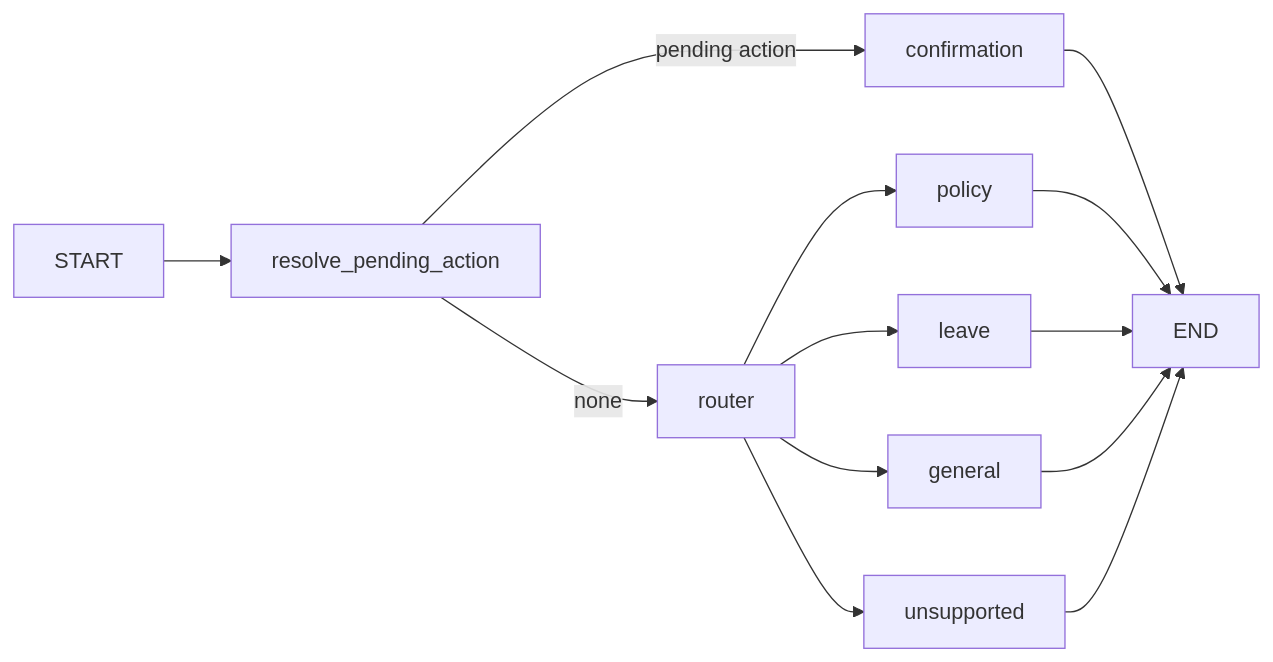
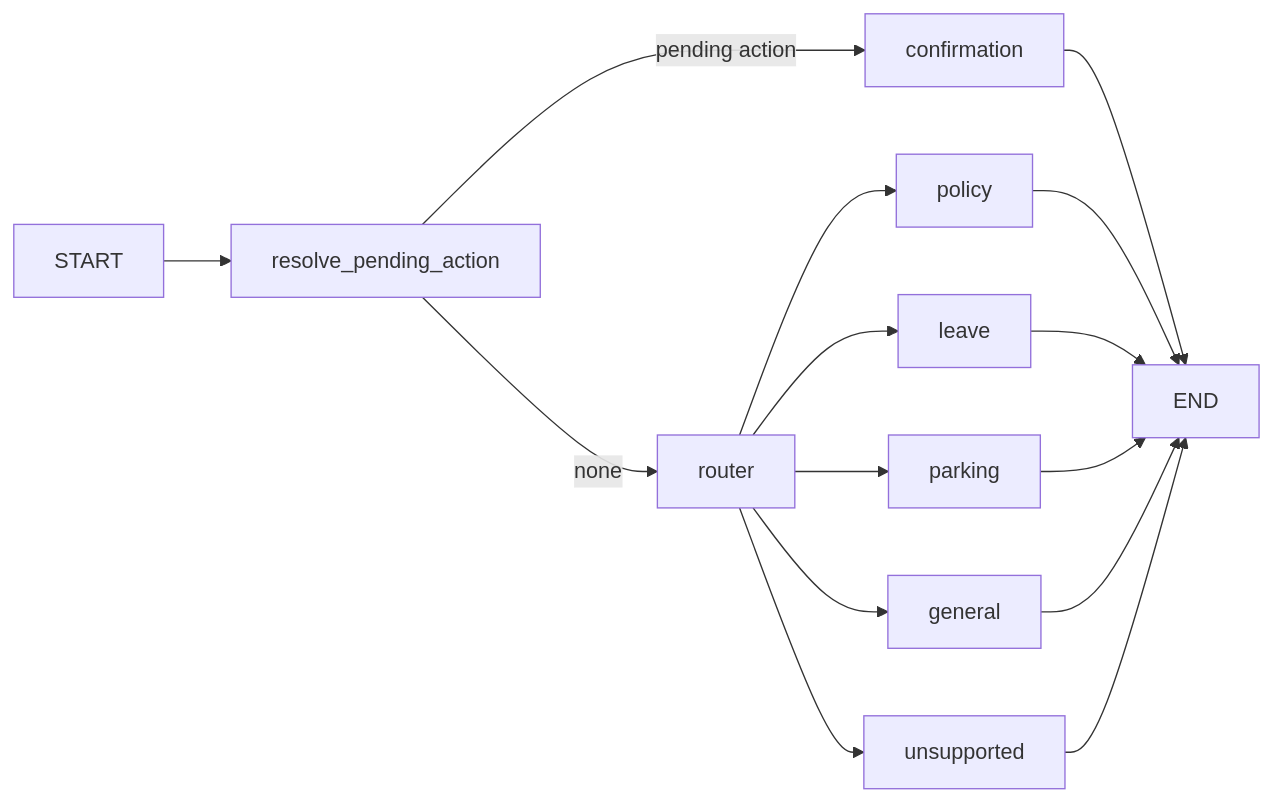
One commit to Hariharan27/Agentic-HR-Employee-Assistant changed the third of 3 diagrams in ARCHITECTURE.md. Above: the diagram before and after it, drawn with Mermaid. The commit also changed other lines of this file and 20 other files, not shown here.

````diff
--- a/ARCHITECTURE.md
+++ b/ARCHITECTURE.md
@@ -120,15 +123,17 @@
 ```mermaid
 flowchart LR
     START --> RESOLVE[resolve_pending_action]
     RESOLVE -->|pending action| CONFIRM[confirmation]
     RESOLVE -->|none| ROUTER[router]
     ROUTER --> POLICY[policy]
     ROUTER --> LEAVE[leave]
+    ROUTER --> PARKING[parking]
     ROUTER --> GENERAL[general]
     ROUTER --> UNSUPPORTED[unsupported]
     CONFIRM --> END
     POLICY --> END
     LEAVE --> END
+    PARKING --> END
     GENERAL --> END
     UNSUPPORTED --> END
 ```
````
